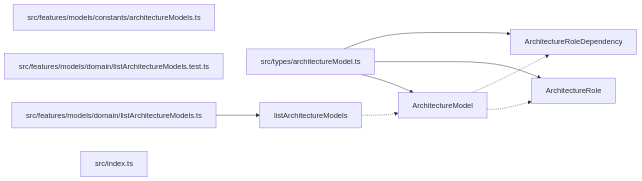
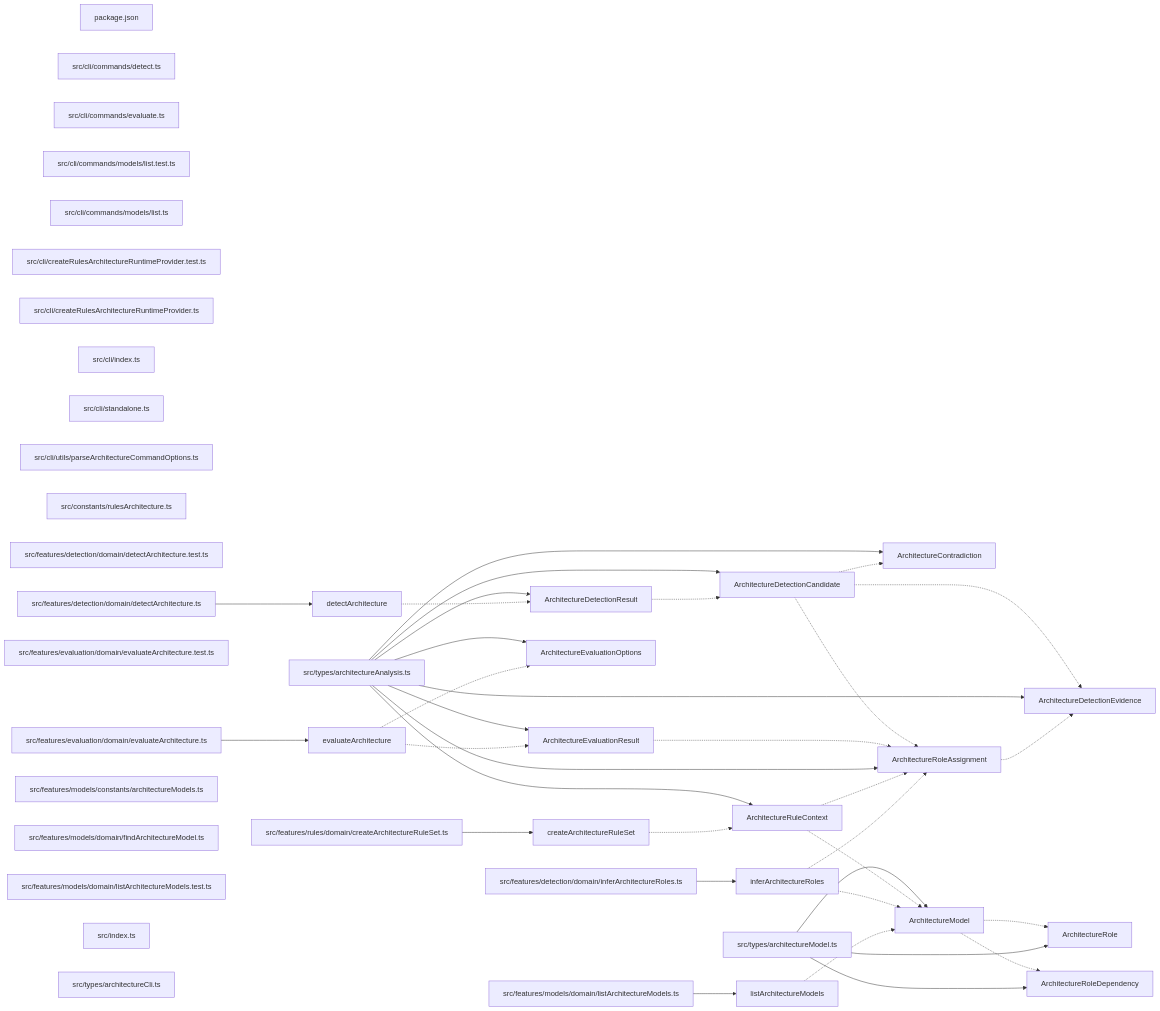
One commit to ankhorage/rules-architecture changed the diagram in paradox/diagrams/export-graph.mmd. Above: the diagram before and after it, drawn with Mermaid. The commit also changed 14 other files, not shown here.

```diff
--- a/paradox/diagrams/export-graph.mmd
+++ b/paradox/diagrams/export-graph.mmd
@@ -1,17 +1,75 @@
 graph LR
+  module_package_json["package.json"]
+  module_src_cli_commands_detect_ts["src/cli/commands/detect.ts"]
+  module_src_cli_commands_evaluate_ts["src/cli/commands/evaluate.ts"]
+  module_src_cli_commands_models_list_test_ts["src/cli/commands/models/list.test.ts"]
+  module_src_cli_commands_models_list_ts["src/cli/commands/models/list.ts"]
+  module_src_cli_createRulesArchitectureRuntimeProvider_test_ts["src/cli/createRulesArchitectureRuntimeProvider.test.ts"]
+  module_src_cli_createRulesArchitectureRuntimeProvider_ts["src/cli/createRulesArchitectureRuntimeProvider.ts"]
+  module_src_cli_index_ts["src/cli/index.ts"]
+  module_src_cli_standalone_ts["src/cli/standalone.ts"]
+  module_src_cli_utils_parseArchitectureCommandOptions_ts["src/cli/utils/parseArchitectureCommandOptions.ts"]
+  module_src_constants_rulesArchitecture_ts["src/constants/rulesArchitecture.ts"]
+  module_src_features_detection_domain_detectArchitecture_test_ts["src/features/detection/domain/detectArchitecture.test.ts"]
+  module_src_features_detection_domain_detectArchitecture_ts["src/features/detection/domain/detectArchitecture.ts"]
+  module_src_features_detection_domain_inferArchitectureRoles_ts["src/features/detection/domain/inferArchitectureRoles.ts"]
+  module_src_features_evaluation_domain_evaluateArchitecture_test_ts["src/features/evaluation/domain/evaluateArchitecture.test.ts"]
+  module_src_features_evaluation_domain_evaluateArchitecture_ts["src/features/evaluation/domain/evaluateArchitecture.ts"]
   module_src_features_models_constants_architectureModels_ts["src/features/models/constants/architectureModels.ts"]
+  module_src_features_models_domain_findArchitectureModel_ts["src/features/models/domain/findArchitectureModel.ts"]
   module_src_features_models_domain_listArchitectureModels_test_ts["src/features/models/domain/listArchitectureModels.test.ts"]
   module_src_features_models_domain_listArchitectureModels_ts["src/features/models/domain/listArchitectureModels.ts"]
+  module_src_features_rules_domain_createArchitectureRuleSet_ts["src/features/rules/domain/createArchitectureRuleSet.ts"]
   module_src_index_ts["src/index.ts"]
+  module_src_types_architectureAnalysis_ts["src/types/architectureAnalysis.ts"]
+  module_src_types_architectureCli_ts["src/types/architectureCli.ts"]
   module_src_types_architectureModel_ts["src/types/architectureModel.ts"]
+  export_ArchitectureContradiction["ArchitectureContradiction"]
+  module_src_types_architectureAnalysis_ts --> export_ArchitectureContradiction
+  export_ArchitectureDetectionCandidate["ArchitectureDetectionCandidate"]
+  module_src_types_architectureAnalysis_ts --> export_ArchitectureDetectionCandidate
+  export_ArchitectureDetectionCandidate -.-> export_ArchitectureContradiction
+  export_ArchitectureDetectionCandidate -.-> export_ArchitectureDetectionEvidence
+  export_ArchitectureDetectionCandidate -.-> export_ArchitectureRoleAssignment
+  export_ArchitectureDetectionEvidence["ArchitectureDetectionEvidence"]
+  module_src_types_architectureAnalysis_ts --> export_ArchitectureDetectionEvidence
+  export_ArchitectureDetectionResult["ArchitectureDetectionResult"]
+  module_src_types_architectureAnalysis_ts --> export_ArchitectureDetectionResult
+  export_ArchitectureDetectionResult -.-> export_ArchitectureDetectionCandidate
+  export_ArchitectureEvaluationOptions["ArchitectureEvaluationOptions"]
+  module_src_types_architectureAnalysis_ts --> export_ArchitectureEvaluationOptions
+  export_ArchitectureEvaluationResult["ArchitectureEvaluationResult"]
+  module_src_types_architectureAnalysis_ts --> export_ArchitectureEvaluationResult
+  export_ArchitectureEvaluationResult -.-> export_ArchitectureRoleAssignment
   export_ArchitectureModel["ArchitectureModel"]
   module_src_types_architectureModel_ts --> export_ArchitectureModel
   export_ArchitectureModel -.-> export_ArchitectureRole
   export_ArchitectureModel -.-> export_ArchitectureRoleDependency
   export_ArchitectureRole["ArchitectureRole"]
   module_src_types_architectureModel_ts --> export_ArchitectureRole
+  export_ArchitectureRoleAssignment["ArchitectureRoleAssignment"]
+  module_src_types_architectureAnalysis_ts --> export_ArchitectureRoleAssignment
+  export_ArchitectureRoleAssignment -.-> export_ArchitectureDetectionEvidence
   export_ArchitectureRoleDependency["ArchitectureRoleDependency"]
   module_src_types_architectureModel_ts --> export_ArchitectureRoleDependency
+  export_ArchitectureRuleContext["ArchitectureRuleContext"]
+  module_src_types_architectureAnalysis_ts --> export_ArchitectureRuleContext
+  export_ArchitectureRuleContext -.-> export_ArchitectureModel
+  export_ArchitectureRuleContext -.-> export_ArchitectureRoleAssignment
+  export_createArchitectureRuleSet["createArchitectureRuleSet"]
+  module_src_features_rules_domain_createArchitectureRuleSet_ts --> export_createArchitectureRuleSet
+  export_createArchitectureRuleSet -.-> export_ArchitectureRuleContext
+  export_detectArchitecture["detectArchitecture"]
+  module_src_features_detection_domain_detectArchitecture_ts --> export_detectArchitecture
+  export_detectArchitecture -.-> export_ArchitectureDetectionResult
+  export_evaluateArchitecture["evaluateArchitecture"]
+  module_src_features_evaluation_domain_evaluateArchitecture_ts --> export_evaluateArchitecture
+  export_evaluateArchitecture -.-> export_ArchitectureEvaluationOptions
+  export_evaluateArchitecture -.-> export_ArchitectureEvaluationResult
+  export_inferArchitectureRoles["inferArchitectureRoles"]
+  module_src_features_detection_domain_inferArchitectureRoles_ts --> export_inferArchitectureRoles
+  export_inferArchitectureRoles -.-> export_ArchitectureModel
+  export_inferArchitectureRoles -.-> export_ArchitectureRoleAssignment
   export_listArchitectureModels["listArchitectureModels"]
   module_src_features_models_domain_listArchitectureModels_ts --> export_listArchitectureModels
   export_listArchitectureModels -.-> export_ArchitectureModel
```
